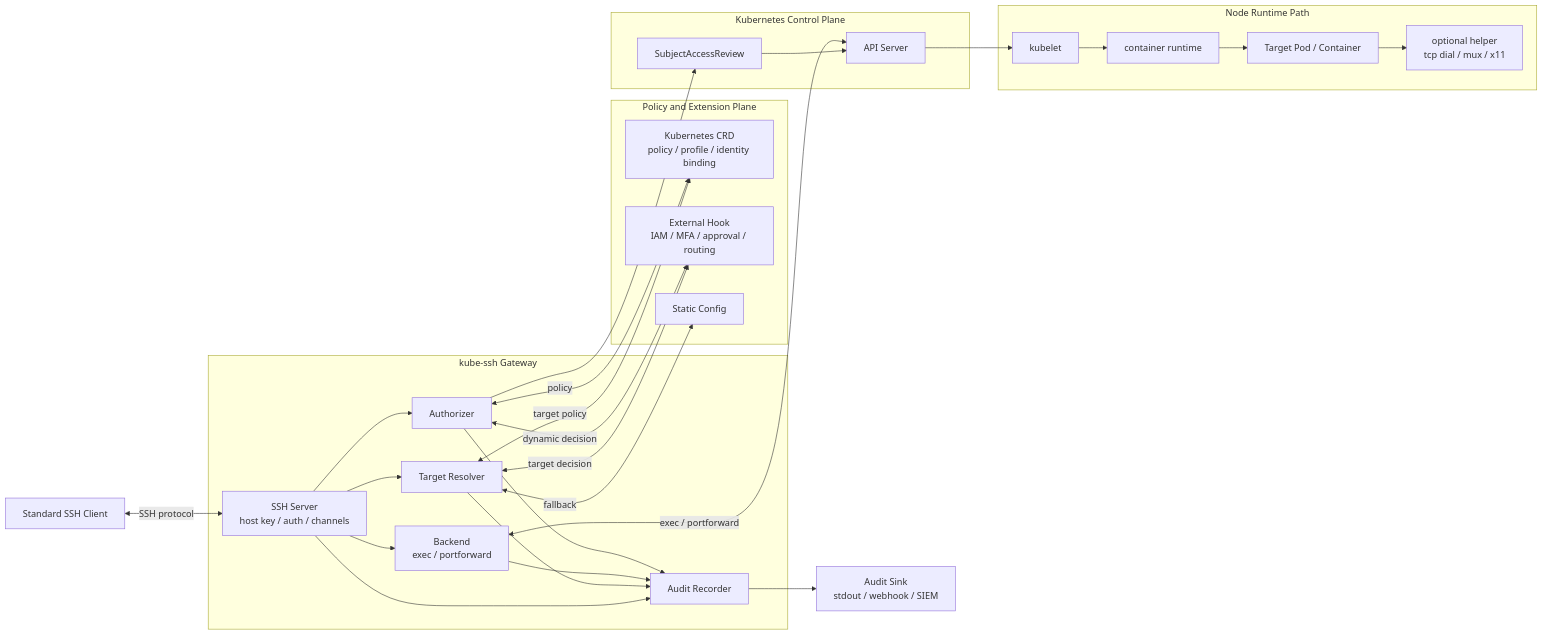
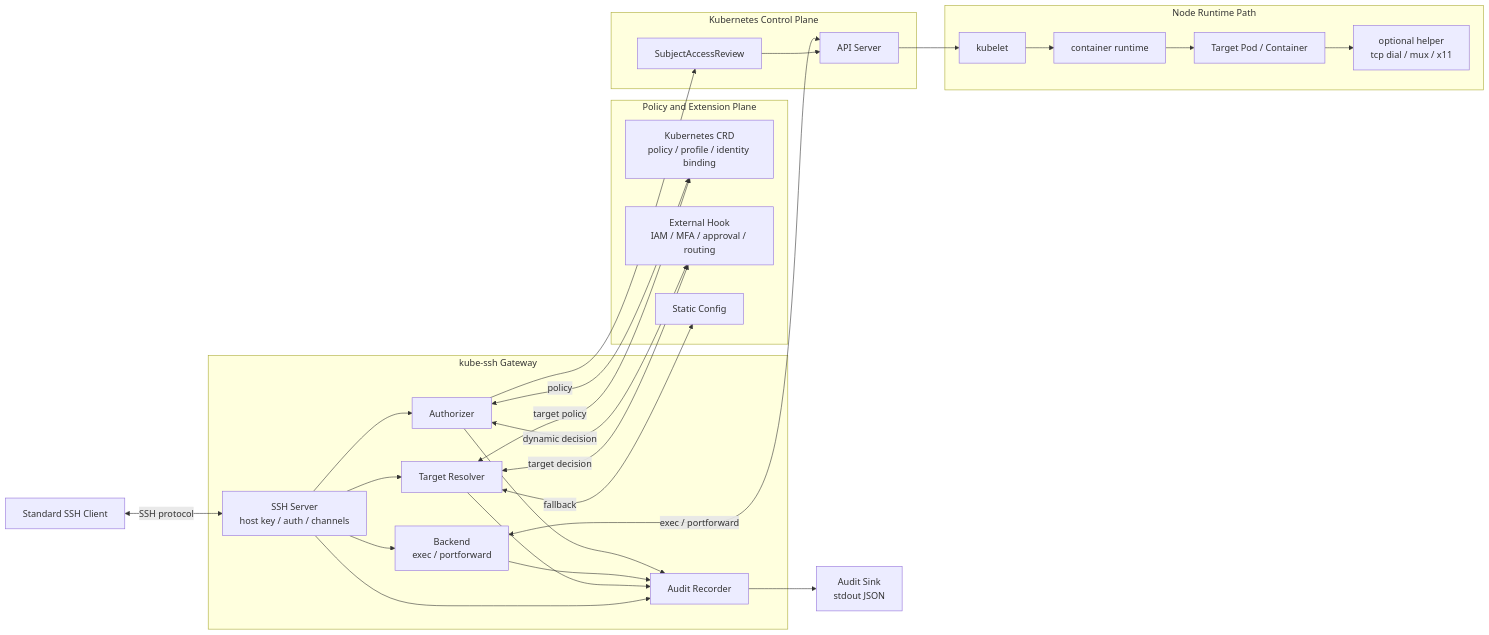
Before and after one commit to poxiaoyun/kube-ssh: the diagram in DESIGN.md, drawn with Mermaid. The commit also changed other lines of this file and 63 other files, not shown here.

````diff
--- a/DESIGN.md
+++ b/DESIGN.md
@@ -39,54 +39,54 @@
 ```mermaid
 flowchart LR
     client[Standard SSH Client]
 
     subgraph gateway[kube-ssh Gateway]
         ssh[SSH Server\nhost key / auth / channels]
         resolver[Target Resolver]
         authz[Authorizer]
         backend[Backend\nexec / portforward]
         audit[Audit Recorder]
     end
 
     subgraph policy[Policy and Extension Plane]
         crd[Kubernetes CRD\npolicy / profile / identity binding]
         hook[External Hook\nIAM / MFA / approval / routing]
         static[Static Config]
     end
 
     subgraph k8s[Kubernetes Control Plane]
         apiserver[API Server]
         sar[SubjectAccessReview]
     end
 
     subgraph node[Node Runtime Path]
         kubelet[kubelet]
         runtime[container runtime]
         pod[Target Pod / Container]
         helper[optional helper\ntcp dial / mux / x11]
     end
 
-    sink[Audit Sink\nstdout / webhook / SIEM]
+    sink[Audit Sink\nstdout JSON]
 
     client <-->|SSH protocol| ssh
     ssh --> resolver
     ssh --> authz
     resolver <-->|target policy| crd
     resolver <-->|target decision| hook
     resolver <-->|fallback| static
     authz <-->|policy| crd
     authz <-->|dynamic decision| hook
     authz --> sar
     sar --> apiserver
     ssh --> backend
     backend <-->|exec / portforward| apiserver
     apiserver --> kubelet
     kubelet --> runtime
     runtime --> pod
     pod --> helper
     ssh --> audit
     resolver --> audit
     backend --> audit
     authz --> audit
     audit --> sink
 ```
````
